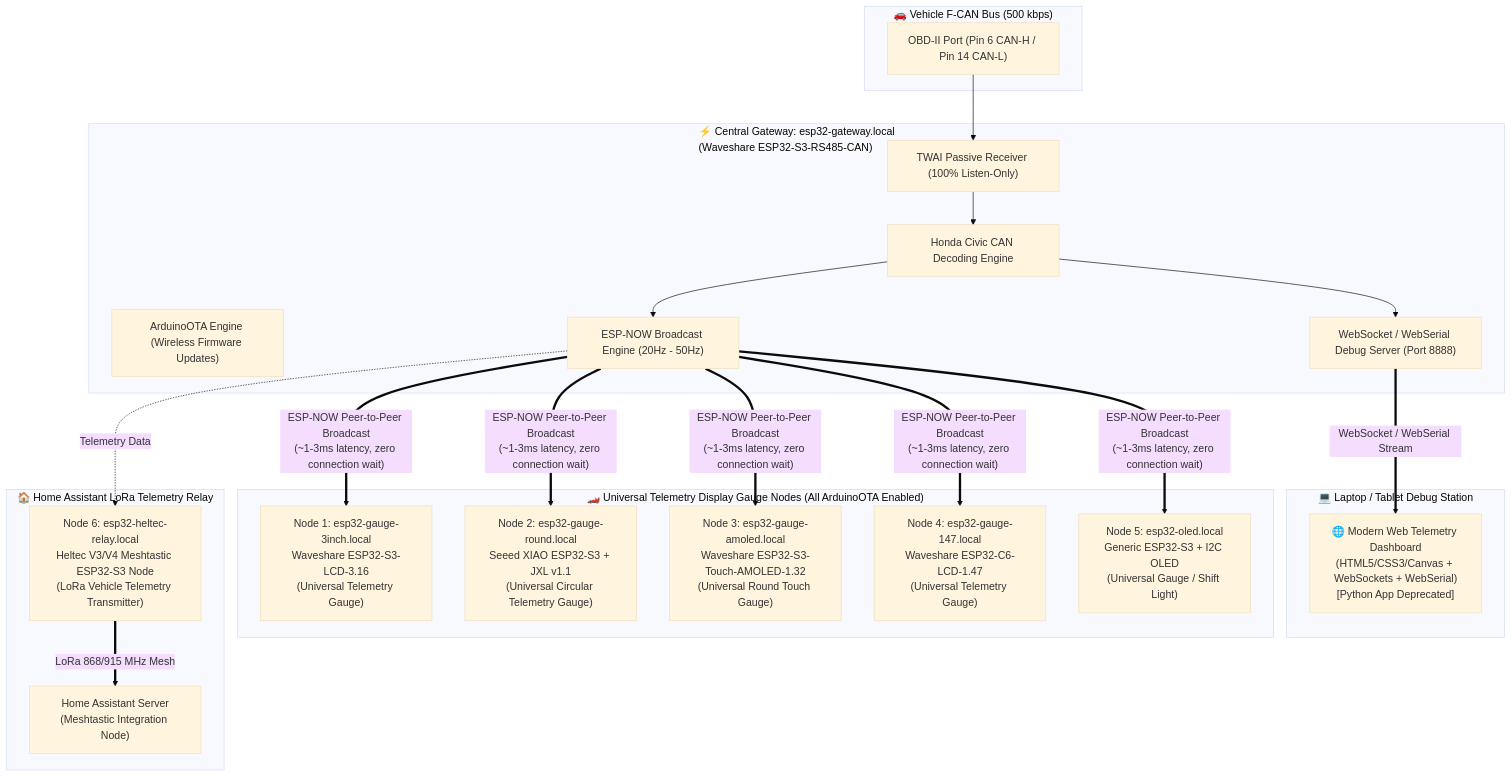
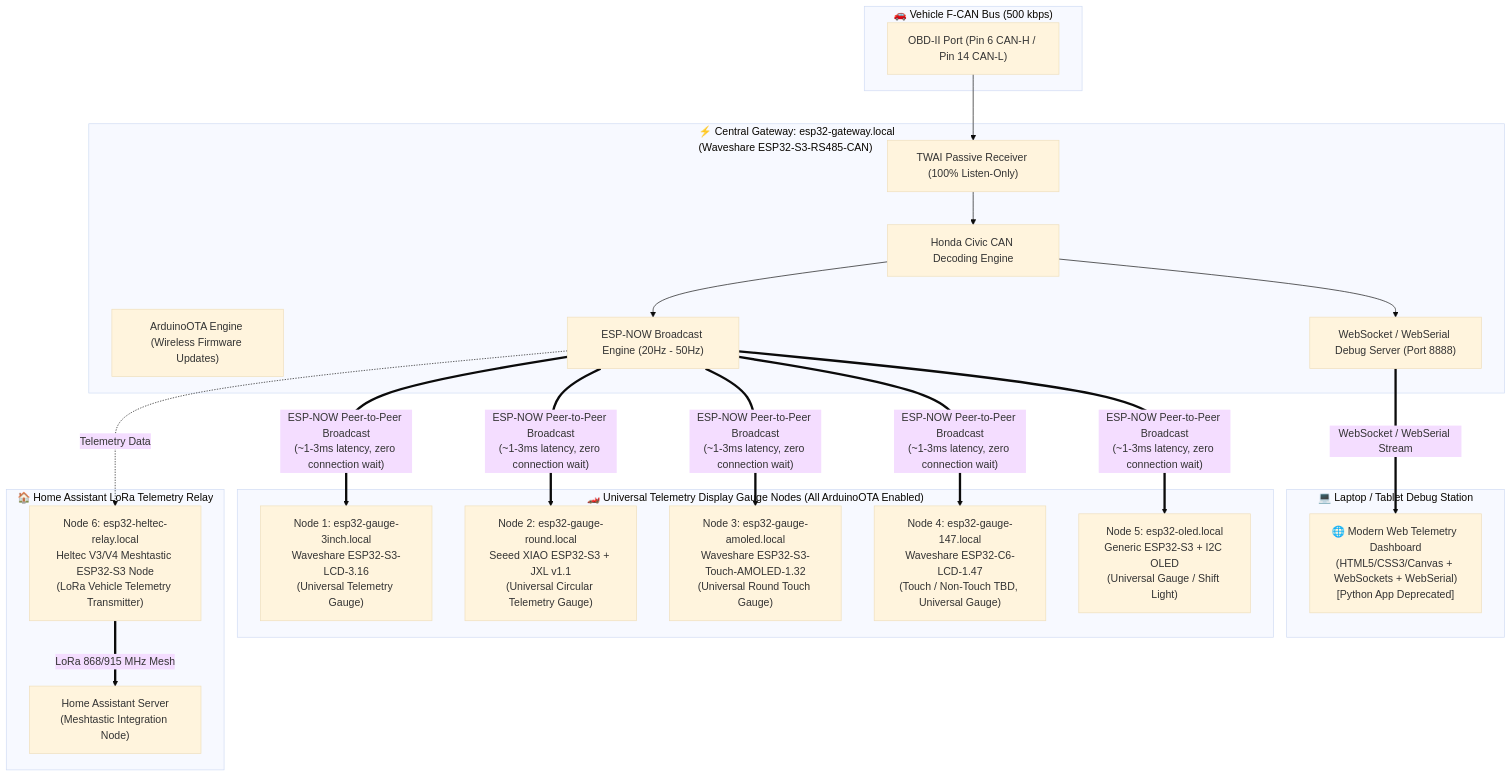
The diagram in docs/IMPLEMENTATION_PLAN.md (bazanski/espDash), drawn with Mermaid (base theme) before and after one commit. The commit also changed 3 other files, not shown here.

Commit message:
Update Node 4 description to reflect Touch / Non-Touch variants (TBD)

````diff
--- a/docs/IMPLEMENTATION_PLAN.md
+++ b/docs/IMPLEMENTATION_PLAN.md
@@ -11,45 +11,45 @@
 ```mermaid
 flowchart TD
     subgraph Car_CAN_Bus ["🚗 Vehicle F-CAN Bus (500 kbps)"]
         OBD2["OBD-II Port (Pin 6 CAN-H / Pin 14 CAN-L)"]
     end
 
     subgraph Central_Gateway ["⚡ Central Gateway: esp32-gateway.local\n(Waveshare ESP32-S3-RS485-CAN)"]
         TWAI["TWAI Passive Receiver (100% Listen-Only)"]
         DECODER["Honda Civic CAN Decoding Engine"]
         OTA_GW["ArduinoOTA Engine (Wireless Firmware Updates)"]
         ESPNOW_TX["ESP-NOW Broadcast Engine (20Hz - 50Hz)"]
         WS_SERVER["WebSocket / WebSerial Debug Server (Port 8888)"]
         
         OBD2 --> TWAI --> DECODER
         DECODER --> ESPNOW_TX
         DECODER --> WS_SERVER
     end
 
     subgraph Laptop_Debug ["💻 Laptop / Tablet Debug Station"]
         WEB_APP["🌐 Modern Web Telemetry Dashboard\n(HTML5/CSS3/Canvas + WebSockets + WebSerial)\n[Python App Deprecated]"]
         WS_SERVER ==>|"WebSocket / WebSerial Stream"| WEB_APP
     end
 
     subgraph In_Car_Nodes ["🏎️ Universal Telemetry Display Gauge Nodes (All ArduinoOTA Enabled)"]
         NODE1["Node 1: esp32-gauge-3inch.local\nWaveshare ESP32-S3-LCD-3.16\n(Universal Telemetry Gauge)"]
         NODE2["Node 2: esp32-gauge-round.local\nSeeed XIAO ESP32-S3 + JXL v1.1\n(Universal Circular Telemetry Gauge)"]
         NODE3["Node 3: esp32-gauge-amoled.local\nWaveshare ESP32-S3-Touch-AMOLED-1.32\n(Universal Round Touch Gauge)"]
-        NODE4["Node 4: esp32-gauge-147.local\nWaveshare ESP32-C6-LCD-1.47\n(Universal Telemetry Gauge)"]
+        NODE4["Node 4: esp32-gauge-147.local\nWaveshare ESP32-C6-LCD-1.47\n(Touch / Non-Touch TBD, Universal Gauge)"]
         NODE5["Node 5: esp32-oled.local\nGeneric ESP32-S3 + I2C OLED\n(Universal Gauge / Shift Light)"]
 
         ESPNOW_TX ==>|"ESP-NOW Peer-to-Peer Broadcast\n(~1-3ms latency, zero connection wait)"| NODE1
         ESPNOW_TX ==>|"ESP-NOW Peer-to-Peer Broadcast\n(~1-3ms latency, zero connection wait)"| NODE2
         ESPNOW_TX ==>|"ESP-NOW Peer-to-Peer Broadcast\n(~1-3ms latency, zero connection wait)"| NODE3
         ESPNOW_TX ==>|"ESP-NOW Peer-to-Peer Broadcast\n(~1-3ms latency, zero connection wait)"| NODE4
         ESPNOW_TX ==>|"ESP-NOW Peer-to-Peer Broadcast\n(~1-3ms latency, zero connection wait)"| NODE5
     end
 
     subgraph Home_Automation ["🏠 Home Assistant LoRa Telemetry Relay"]
         NODE6["Node 6: esp32-heltec-relay.local\nHeltec V3/V4 Meshtastic ESP32-S3 Node\n(LoRa Vehicle Telemetry Transmitter)"]
         HA["Home Assistant Server\n(Meshtastic Integration Node)"]
 
         ESPNOW_TX -.->|"Telemetry Data"| NODE6
         NODE6 ==>|"LoRa 868/915 MHz Mesh"| HA
     end
 ```
````
